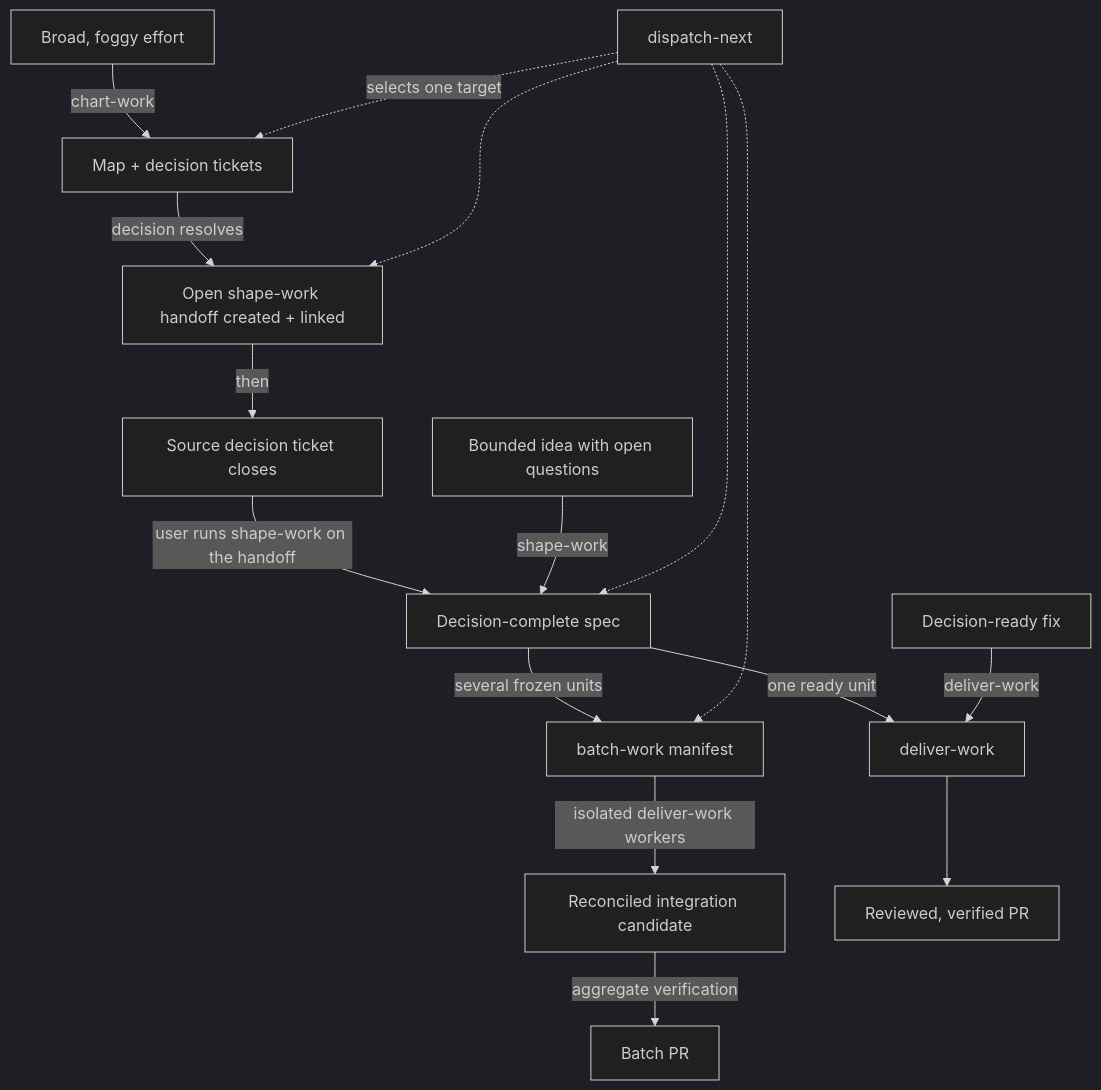
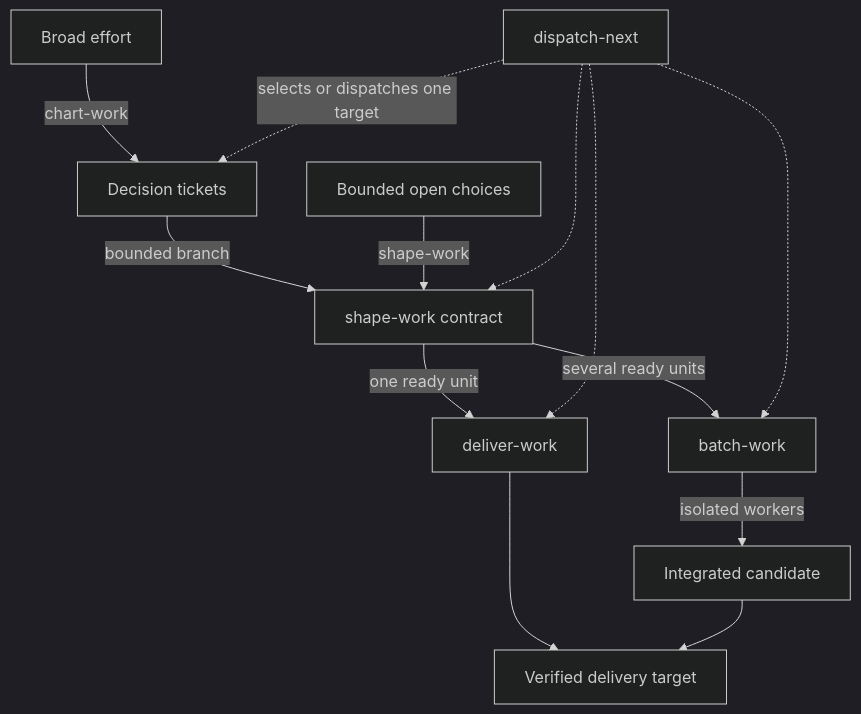
One commit to sockulags/agent-os changed the diagram in docs-site/guide/the-work-loop.md. Above: the diagram before and after it, drawn with Mermaid (dark theme). The commit also changed other lines of this file and 66 other files, not shown here.

````diff
--- a/docs-site/guide/the-work-loop.md
+++ b/docs-site/guide/the-work-loop.md
@@ -7,18 +5,15 @@
 ```mermaid
 flowchart TD
-    A[Broad, foggy effort] -->|chart-work| B[Map + decision tickets]
-    B -->|decision resolves| H[Open shape-work handoff created + linked]
-    H -->|then| C[Source decision ticket closes]
-    C -->|user runs shape-work on the handoff| D[Decision-complete spec]
-    A2[Bounded idea with open questions] -->|shape-work| D
-    D -->|one ready unit| E[deliver-work]
-    D -->|several frozen units| BW[batch-work manifest]
-    BW -->|isolated deliver-work workers| R[Reconciled integration candidate]
-    R -->|aggregate verification| P[Batch PR]
-    E --> P1[Reviewed, verified PR]
-    A3[Decision-ready fix] -->|deliver-work| E
-    F[dispatch-next] -.->|selects one target| B
-    F -.-> H
-    F -.-> D
-    F -.-> BW
+    A[Broad effort] -->|chart-work| B[Decision tickets]
+    B -->|bounded branch| C[shape-work contract]
+    A2[Bounded open choices] -->|shape-work| C
+    C -->|one ready unit| D[deliver-work]
+    C -->|several ready units| E[batch-work]
+    E -->|isolated workers| F[Integrated candidate]
+    D --> G[Verified delivery target]
+    F --> G
+    H[dispatch-next] -.->|selects or dispatches one target| B
+    H -.-> C
+    H -.-> D
+    H -.-> E
 ```
````
